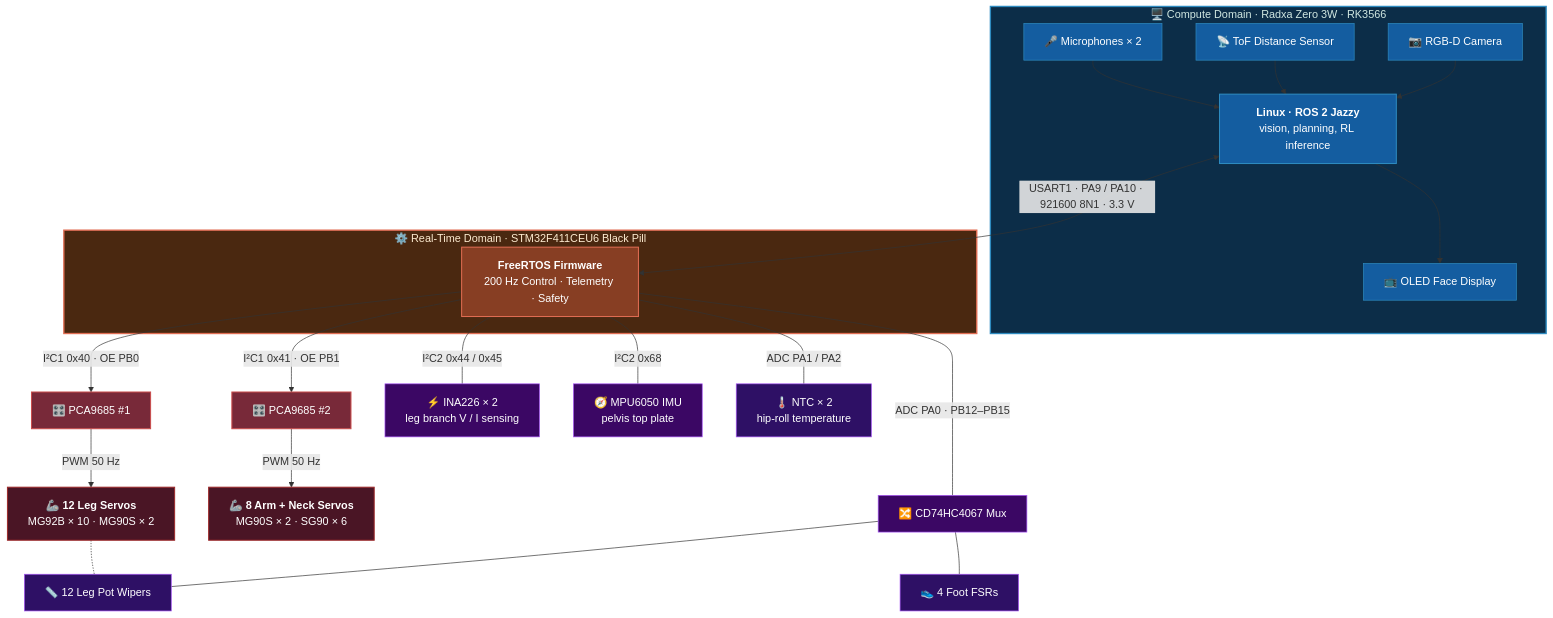
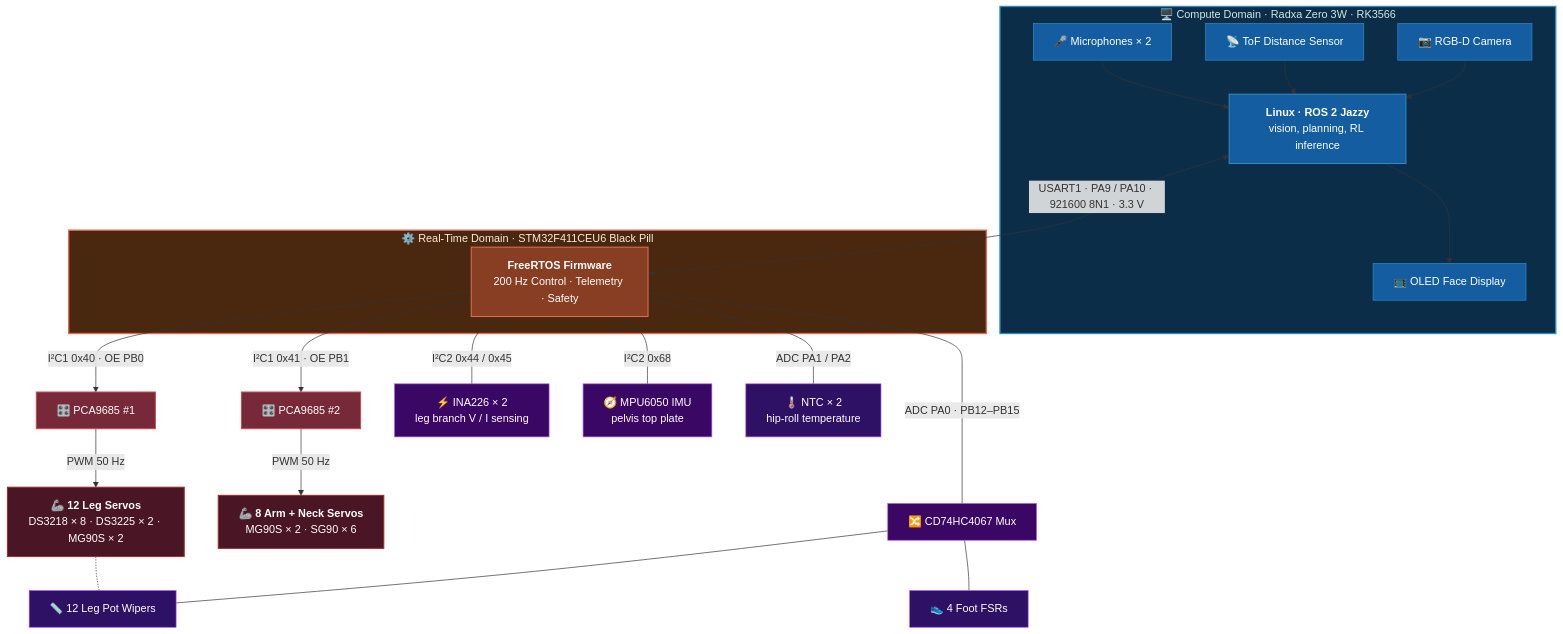
The first of 7 diagrams in README.md (nguyenhau442001/Bazan_Humanoid), drawn with Mermaid before and after one commit. The commit also changed other lines of this file and 3 other files, not shown here.

First line of the commit message:
docs(bom): leg v4 servos in the BOM

````diff
--- a/README.md
+++ b/README.md
@@ -121,51 +121,51 @@
 ```mermaid
 flowchart TB
   subgraph APPHW["🖥️ Compute Domain · Radxa Zero 3W · RK3566"]
     RADXA["<b>Linux · ROS 2 Jazzy</b><br/>vision, planning, RL inference"]
     CAMH["📷 RGB-D Camera"] --> RADXA
     TOF["📡 ToF Distance Sensor"] --> RADXA
     MIC["🎤 Microphones × 2"] --> RADXA
     RADXA --> OLED["📺 OLED Face Display"]
   end
 
   RADXA <-->|"USART1 · PA9 / PA10 · 921600 8N1 · 3.3 V"| STM
 
   subgraph RTHW["⚙️ Real-Time Domain · STM32F411CEU6 Black Pill"]
     STM["<b>FreeRTOS Firmware</b><br/>200 Hz Control · Telemetry · Safety"]
   end
 
   STM -->|"I²C1 0x40 · OE PB0"| PCA1["🎛️ PCA9685 #1"]
   STM -->|"I²C1 0x41 · OE PB1"| PCA2["🎛️ PCA9685 #2"]
-  PCA1 -->|"PWM 50 Hz"| LEGS["🦾 <b>12 Leg Servos</b><br/>MG92B × 10 · MG90S × 2"]
+  PCA1 -->|"PWM 50 Hz"| LEGS["🦾 <b>12 Leg Servos</b><br/>DS3218 × 8 · DS3225 × 2 · MG90S × 2"]
   PCA2 -->|"PWM 50 Hz"| ARMS["🦾 <b>8 Arm + Neck Servos</b><br/>MG90S × 2 · SG90 × 6"]
   STM ---|"I²C2 0x44 / 0x45"| INA["⚡ INA226 × 2<br/>leg branch V / I sensing"]
   STM ---|"I²C2 0x68"| IMU["🧭 MPU6050 IMU<br/>pelvis top plate"]
   STM ---|"ADC PA0 · PB12–PB15"| MUX["🔀 CD74HC4067 Mux"]
   MUX --- POTS["📏 12 Leg Pot Wipers"]
   MUX --- FSR["👟 4 Foot FSRs"]
   STM ---|"ADC PA1 / PA2"| NTC["🌡️ NTC × 2<br/>hip-roll temperature"]
   LEGS -.- POTS
 
   %% Hardware Styling Palette
   style APPHW fill:#0c2d48,stroke:#2e8bc0,stroke-width:2px,color:#d1e8e2
   style RADXA fill:#145da0,stroke:#2e8bc0,stroke-width:1.5px,color:#ffffff
   style CAMH fill:#145da0,stroke:#2e8bc0,stroke-width:1px,color:#ffffff
   style TOF fill:#145da0,stroke:#2e8bc0,stroke-width:1px,color:#ffffff
   style MIC fill:#145da0,stroke:#2e8bc0,stroke-width:1px,color:#ffffff
   style OLED fill:#145da0,stroke:#2e8bc0,stroke-width:1px,color:#ffffff
 
   style RTHW fill:#4a2810,stroke:#e06d53,stroke-width:2px,color:#fdebd0
   style STM fill:#873e23,stroke:#e06d53,stroke-width:1.5px,color:#ffffff
 
   style PCA1 fill:#782939,stroke:#c94c4c,stroke-width:1.5px,color:#ffffff
   style PCA2 fill:#782939,stroke:#c94c4c,stroke-width:1.5px,color:#ffffff
   style LEGS fill:#4a1525,stroke:#9e2a2b,stroke-width:1.5px,color:#ffffff
   style ARMS fill:#4a1525,stroke:#9e2a2b,stroke-width:1.5px,color:#ffffff
 
   style INA fill:#3b0764,stroke:#a855f7,stroke-width:1px,color:#ffffff
   style IMU fill:#3b0764,stroke:#a855f7,stroke-width:1px,color:#ffffff
   style MUX fill:#3b0764,stroke:#a855f7,stroke-width:1px,color:#ffffff
   style POTS fill:#2e1065,stroke:#a855f7,stroke-width:1px,color:#ffffff
   style FSR fill:#2e1065,stroke:#a855f7,stroke-width:1px,color:#ffffff
   style NTC fill:#2e1065,stroke:#a855f7,stroke-width:1px,color:#ffffff
 ```
````
